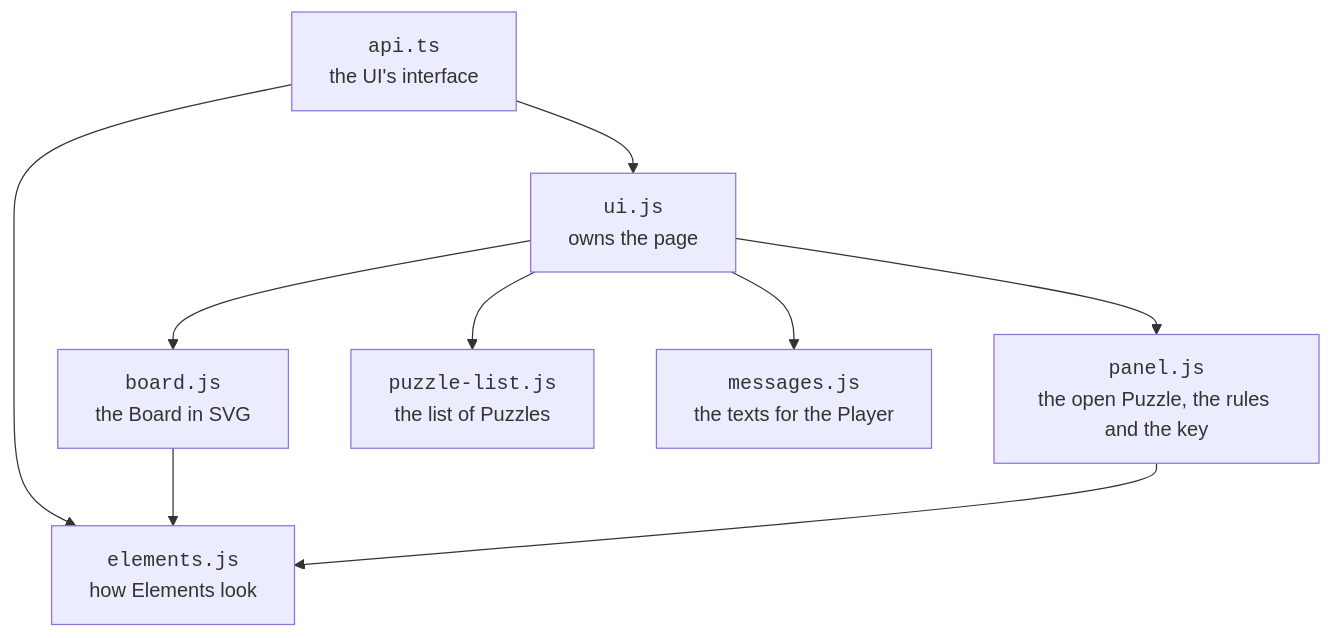
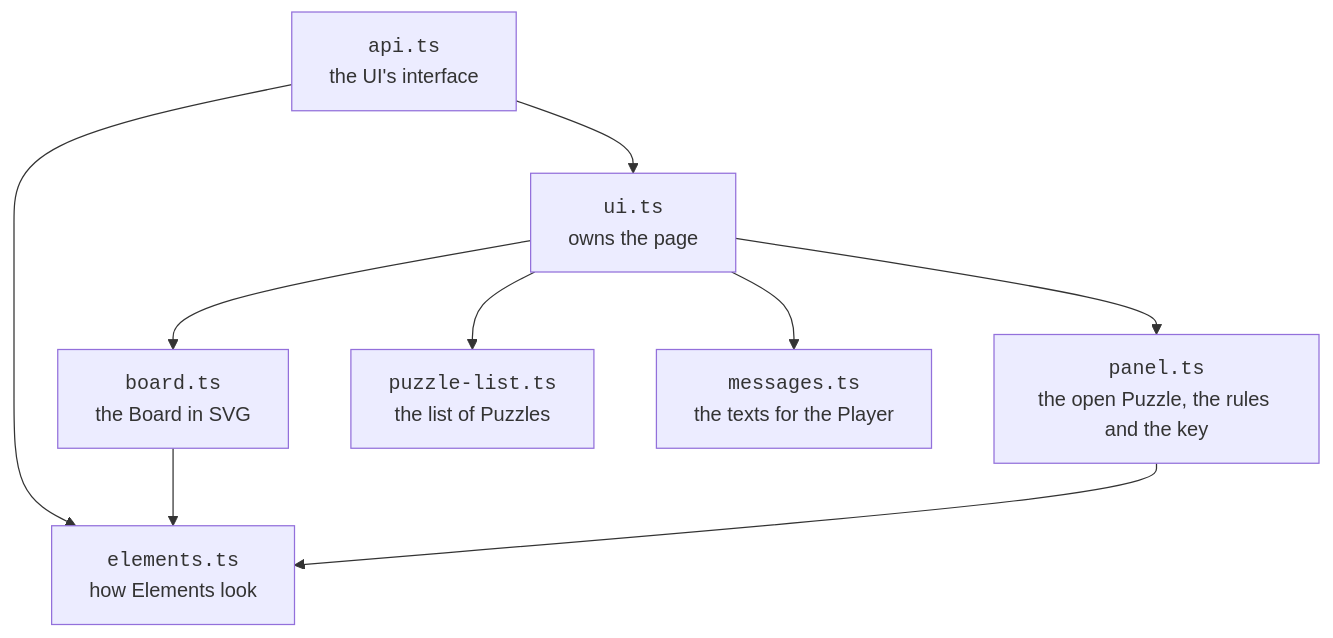
Before and after one commit to treetopbottle/molecuzzle: the first of 2 diagrams in docs/architecture.md, drawn with Mermaid. The commit also changed other lines of this file and 13 other files, not shown here.

````diff
--- a/docs/architecture.md
+++ b/docs/architecture.md
@@ -21,19 +21,19 @@
 ```mermaid
 flowchart TD
   api["<code>api.ts</code><br/>the UI's interface"]
-  uijs["<code>ui.js</code><br/>owns the page"]
-  board["<code>board.js</code><br/>the Board in SVG"]
-  panel["<code>panel.js</code><br/>the open Puzzle, the rules and the key"]
-  list["<code>puzzle-list.js</code><br/>the list of Puzzles"]
-  messages["<code>messages.js</code><br/>the texts for the Player"]
-  looks["<code>elements.js</code><br/>how Elements look"]
+  uijs["<code>ui.ts</code><br/>owns the page"]
+  board["<code>board.ts</code><br/>the Board in SVG"]
+  panel["<code>panel.ts</code><br/>the open Puzzle, the rules and the key"]
+  list["<code>puzzle-list.ts</code><br/>the list of Puzzles"]
+  messages["<code>messages.ts</code><br/>the texts for the Player"]
+  looks["<code>elements.ts</code><br/>how Elements look"]
 
   api --> uijs
   api --> looks
   uijs --> board
   uijs --> panel
   uijs --> list
   uijs --> messages
   board --> looks
   panel --> looks
 ```
````
